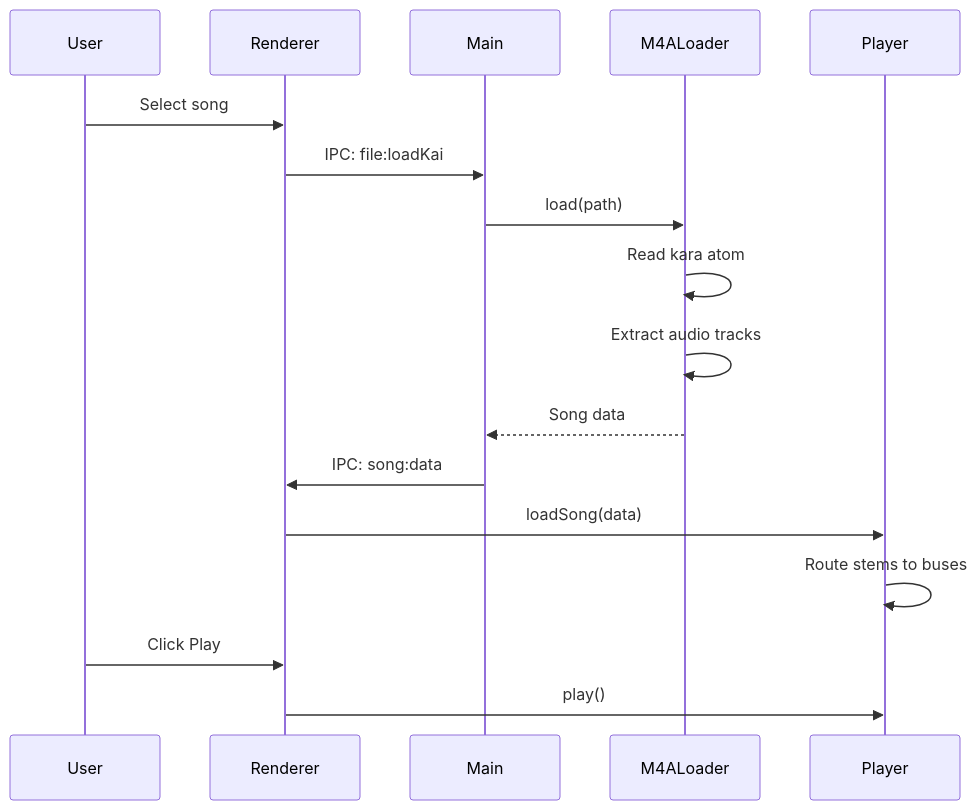
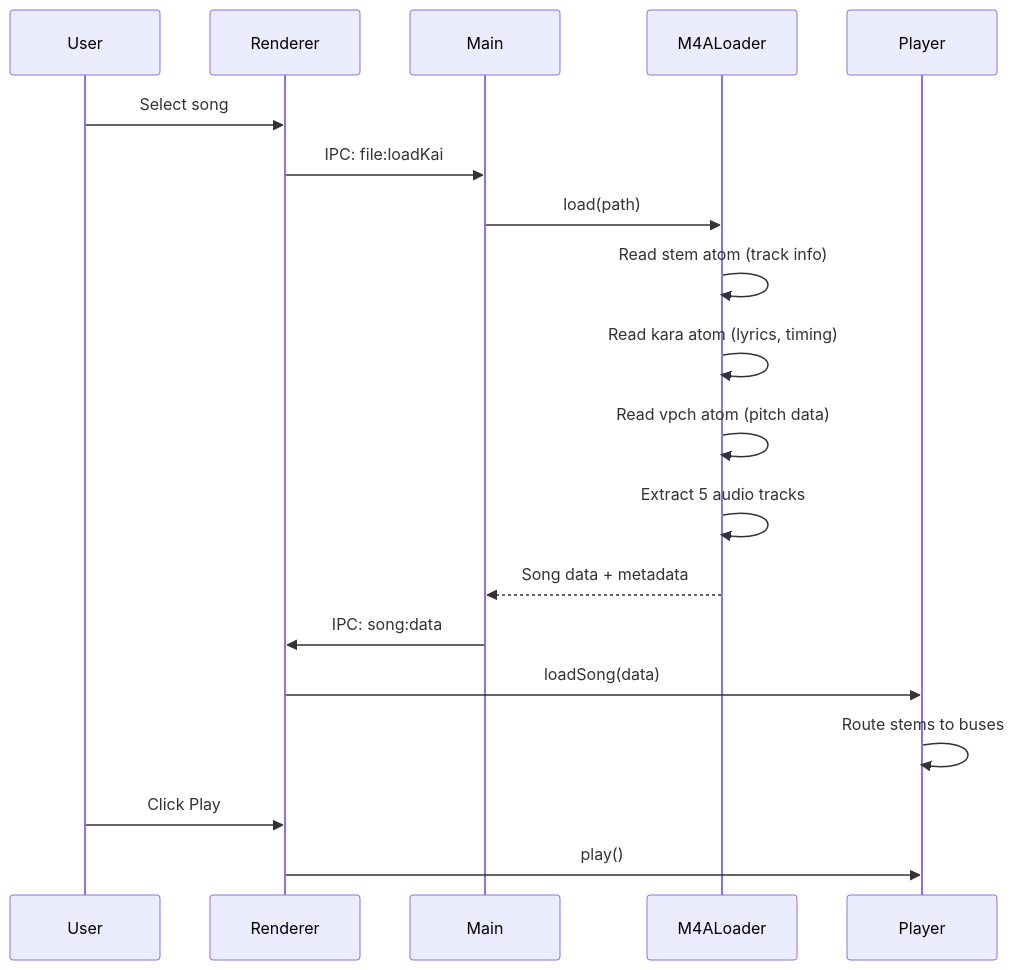
One commit to monteslu/loukai changed the fourth of 5 diagrams in docs/architecture.md. Above: the diagram before and after it, drawn with Mermaid. The commit also changed other lines of this file and 6 other files, not shown here.

````diff
--- a/docs/architecture.md
+++ b/docs/architecture.md
@@ -447,20 +470,22 @@
 ```mermaid
 sequenceDiagram
     participant User
     participant Renderer
     participant Main
     participant M4ALoader
     participant Player
 
     User->>Renderer: Select song
     Renderer->>Main: IPC: file:loadKai
     Main->>M4ALoader: load(path)
-    M4ALoader->>M4ALoader: Read kara atom
-    M4ALoader->>M4ALoader: Extract audio tracks
-    M4ALoader-->>Main: Song data
+    M4ALoader->>M4ALoader: Read stem atom (track info)
+    M4ALoader->>M4ALoader: Read kara atom (lyrics, timing)
+    M4ALoader->>M4ALoader: Read vpch atom (pitch data)
+    M4ALoader->>M4ALoader: Extract 5 audio tracks
+    M4ALoader-->>Main: Song data + metadata
     Main->>Renderer: IPC: song:data
     Renderer->>Player: loadSong(data)
     Player->>Player: Route stems to buses
     User->>Renderer: Click Play
     Renderer->>Player: play()
 ```
````
